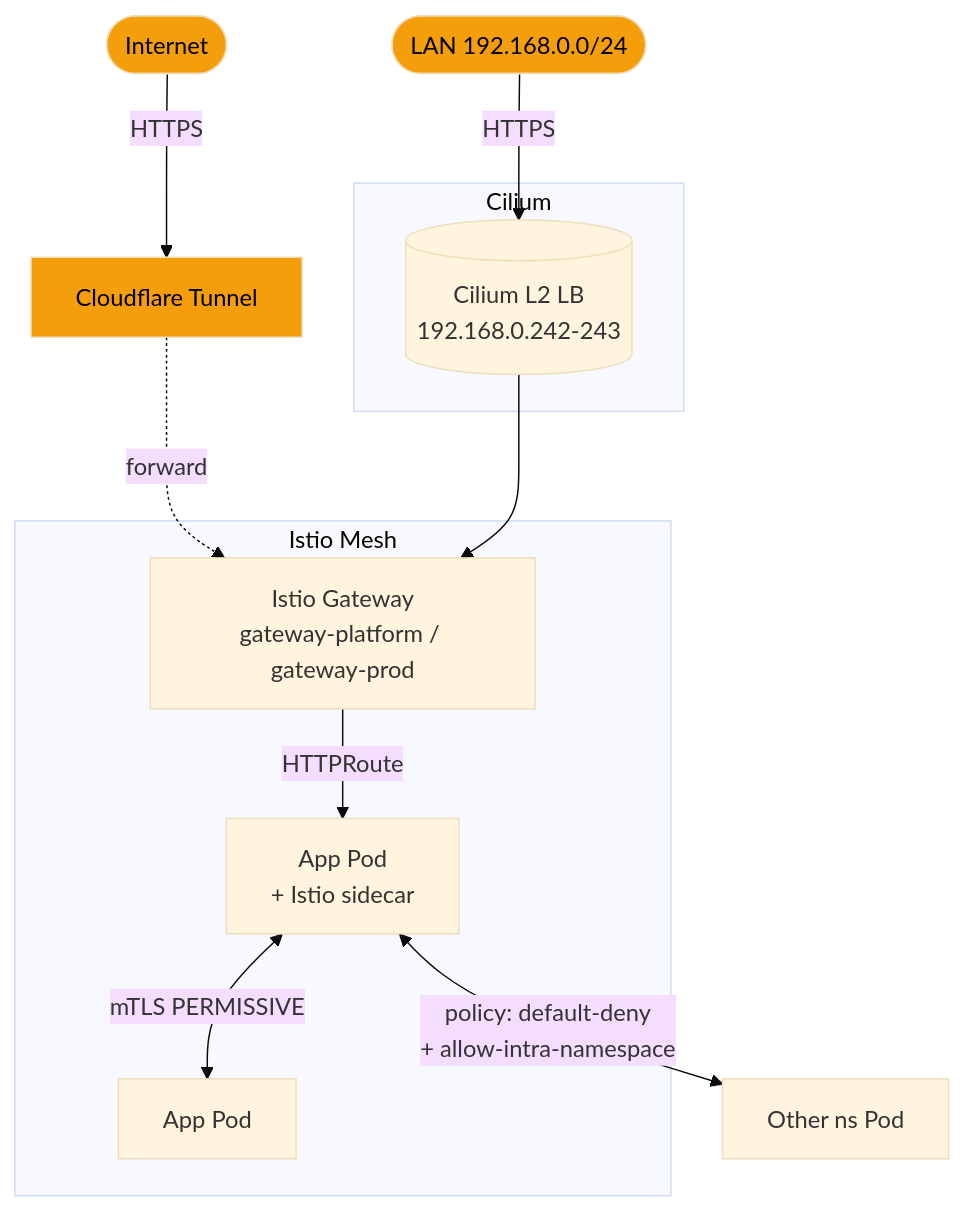
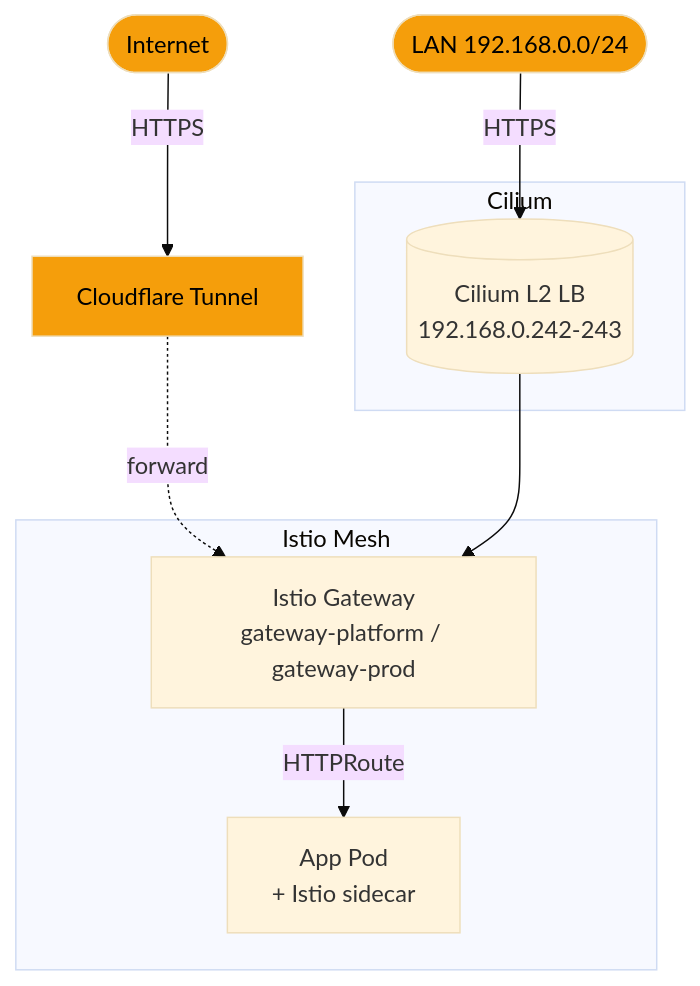
Before and after one commit to yu-min3/kensan-lab: the first of 3 diagrams in kubernetes/network/README.md, drawn with Mermaid (base theme). The commit also changed other lines of this file, not shown here.

Commit message:
docs(network): ゼロトラスト2層を route/到達性/暗号化のレイヤー別図に分離

````diff
--- a/kubernetes/network/README.md
+++ b/kubernetes/network/README.md
@@ -19,24 +19,21 @@
 ```mermaid
 flowchart TB
     Internet([Internet]) -->|HTTPS| CF[Cloudflare Tunnel]
     CF -.->|forward| GW
 
     LAN([LAN 192.168.0.0/24]) -->|HTTPS| LB[(Cilium L2 LB<br/>192.168.0.242-243)]
     LB --> GW[Istio Gateway<br/>gateway-platform / gateway-prod]
 
     GW -->|HTTPRoute| App[App Pod<br/>+ Istio sidecar]
-    App <-->|mTLS PERMISSIVE| App2[App Pod]
-    App <-->|policy: default-deny<br/>+ allow-intra-namespace| App3[Other ns Pod]
 
     subgraph Cilium
       LB
     end
     subgraph "Istio Mesh"
       GW
       App
-      App2
     end
 
     classDef ext fill:#f59e0b,color:#000
     class Internet,LAN,CF ext
 ```
````
